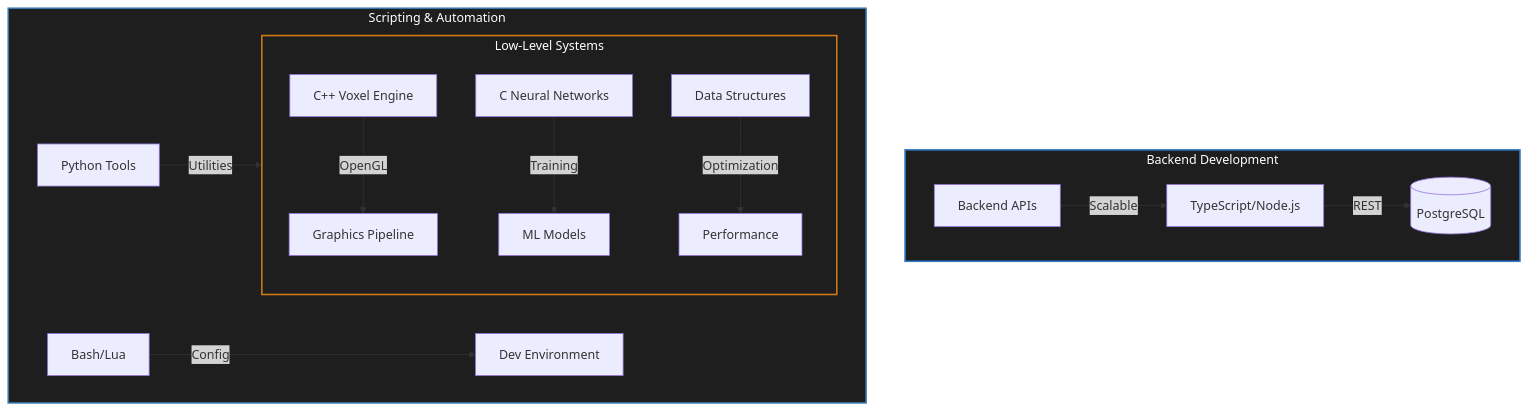
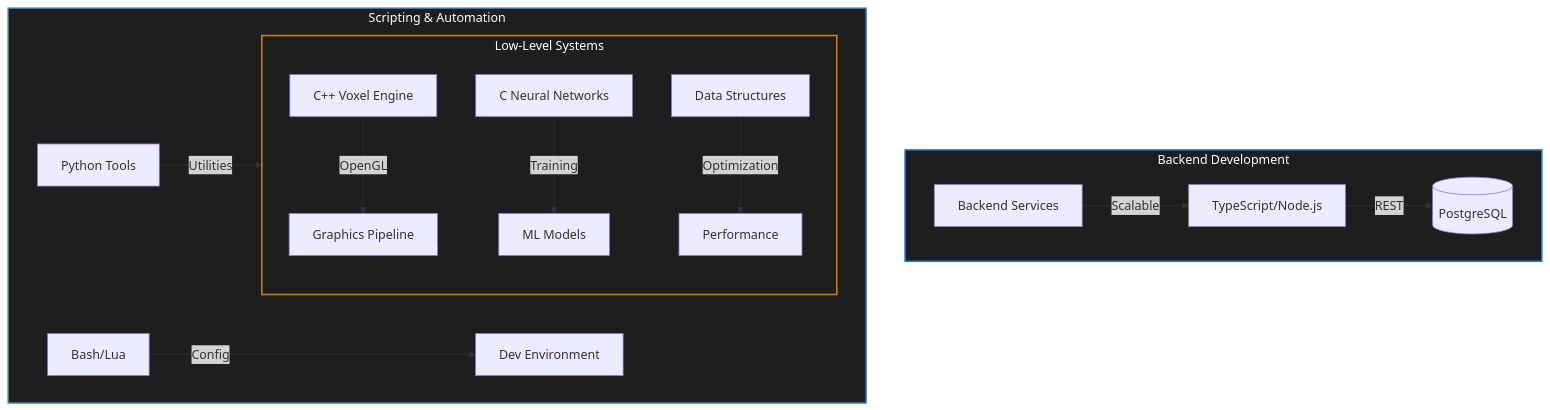
One commit to Krupanjac/krupanjac changed the diagram in README.md. Above: the diagram before and after it, drawn with Mermaid. The commit also changed other lines of this file, not shown here.

````diff
--- a/README.md
+++ b/README.md
@@ -26,22 +26,22 @@
 ```mermaid
 graph TD
     subgraph Systems ["Low-Level Systems"]
         Engine[C++ Voxel Engine] -->|OpenGL| GPU[Graphics Pipeline]
         ML[C Neural Networks] -->|Training| Models[ML Models]
         Algo[Data Structures] -->|Optimization| Perf[Performance]
     end
     
     subgraph Backend ["Backend Development"]
         API[TypeScript/Node.js] -->|REST| DB[(PostgreSQL)]
-        Web[Backend APIs] -->|Scalable| API
+        Services[Backend Services] -->|Scalable| API
     end
     
     subgraph Tools ["Scripting & Automation"]
         Python[Python Tools] -->|Utilities| Systems
         Scripts[Bash/Lua] -->|Config| Dev[Dev Environment]
     end
 
     style Systems fill:#1e1e1e,stroke:#d07a16,stroke-width:2px,color:#fff
     style Backend fill:#1e1e1e,stroke:#3178C6,stroke-width:2px,color:#fff
     style Tools fill:#1e1e1e,stroke:#3776AB,stroke-width:2px,color:#fff
 ```
````
